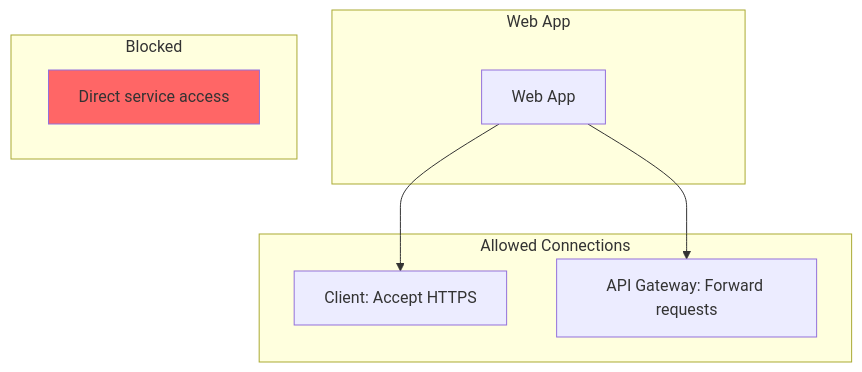
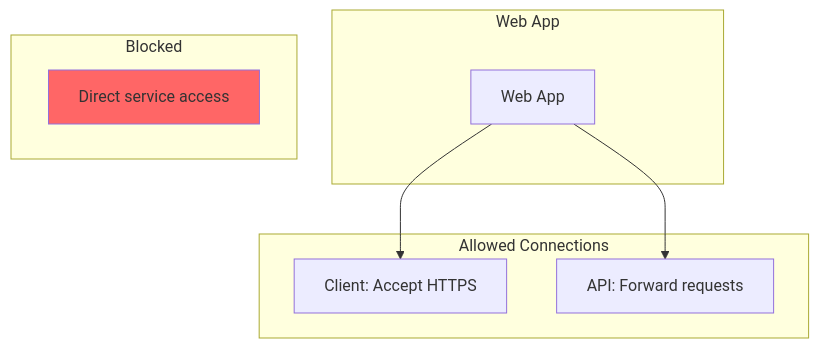
The eighth of 11 diagrams in docs/services.md (artumont/dotslashstream), drawn with Mermaid before and after one commit. The commit also changed other lines of this file and 3 other files, not shown here.

Commit message:
docs: change api-gateway refs to instead be api

````diff
--- a/docs/services.md
+++ b/docs/services.md
@@ -397,20 +397,20 @@
 ```mermaid
 graph TB
     subgraph "Web App"
         Web[Web App]
     end
     
     subgraph "Allowed Connections"
         A1[Client: Accept HTTPS]
-        A2[API Gateway: Forward requests]
+        A2[API: Forward requests]
     end
     
     subgraph "Blocked"
         B1[Direct service access]
     end
     
     Web --> A1
     Web --> A2
     
     style B1 fill:#ff6666
 ```
````
